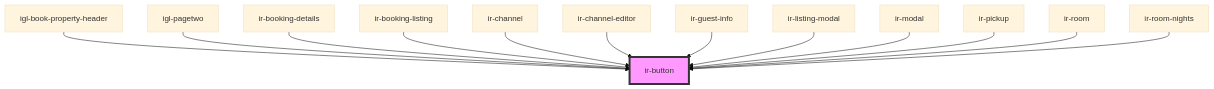
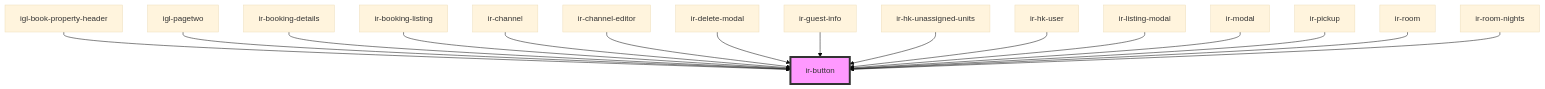
One commit to David1Chowaifaty/modified-ir-webcmp changed the diagram in src/components/ir-button/readme.md. Above: the diagram before and after it, drawn with Mermaid (base theme). The commit also changed other lines of this file and 19 other files, not shown here.

````diff
--- a/src/components/ir-button/readme.md
+++ b/src/components/ir-button/readme.md
@@ -51,16 +54,19 @@
 ```mermaid
 graph TD;
   igl-book-property-header --> ir-button
   igl-pagetwo --> ir-button
   ir-booking-details --> ir-button
   ir-booking-listing --> ir-button
   ir-channel --> ir-button
   ir-channel-editor --> ir-button
+  ir-delete-modal --> ir-button
   ir-guest-info --> ir-button
+  ir-hk-unassigned-units --> ir-button
+  ir-hk-user --> ir-button
   ir-listing-modal --> ir-button
   ir-modal --> ir-button
   ir-pickup --> ir-button
   ir-room --> ir-button
   ir-room-nights --> ir-button
   style ir-button fill:#f9f,stroke:#333,stroke-width:4px
 ```
````
